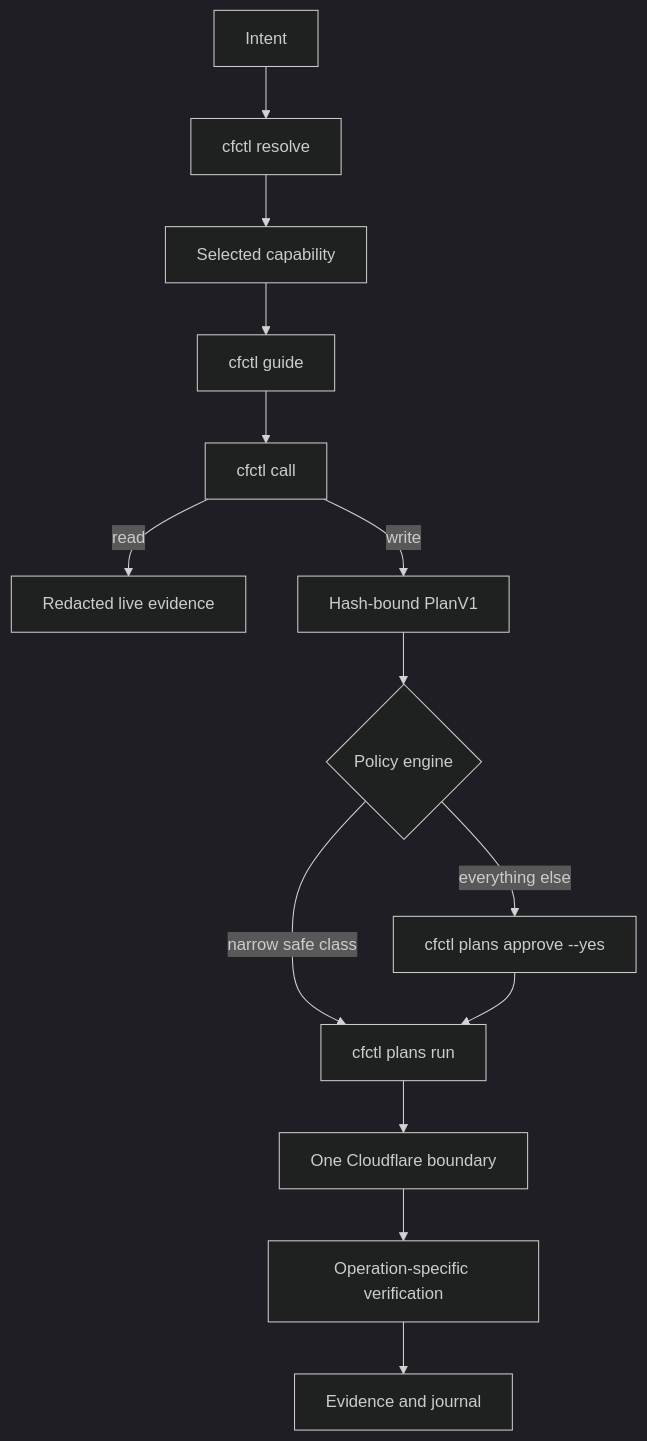
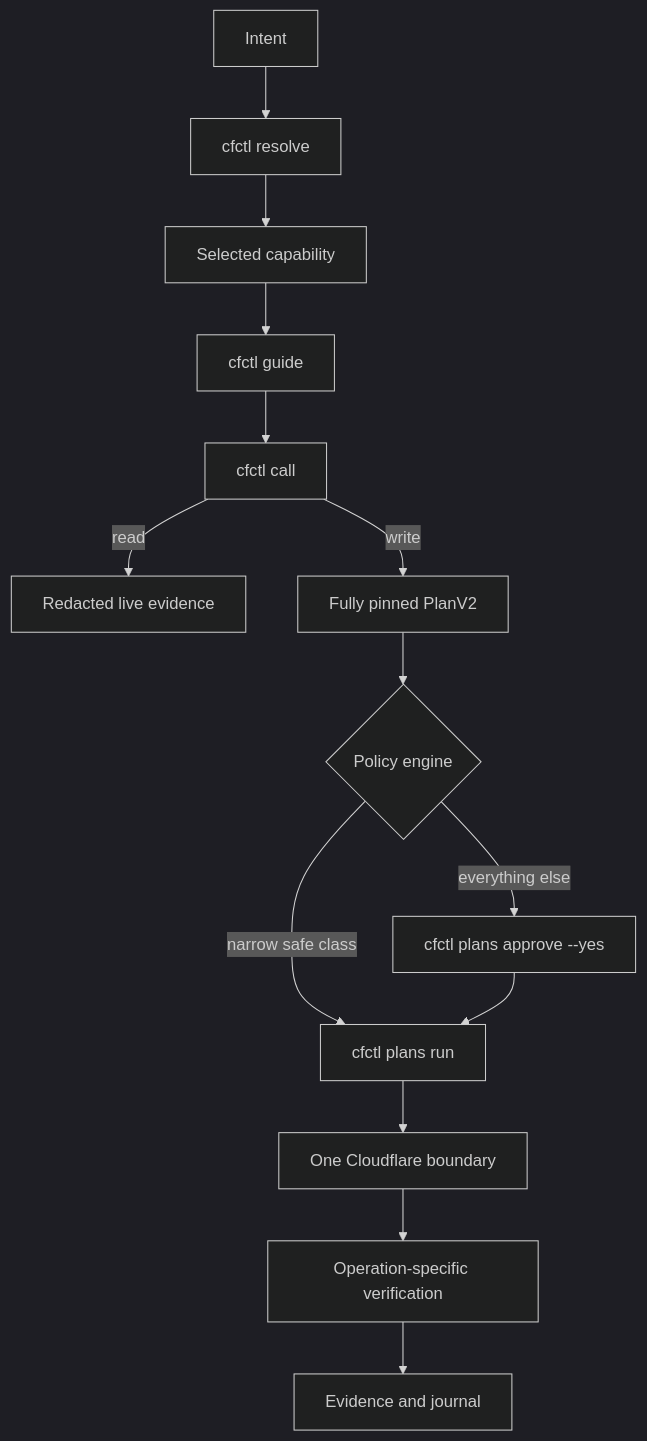
The diagram in README.md (rogu3bear/cfctl), drawn with Mermaid (dark theme) before and after one commit. The commit also changed other lines of this file and 38 other files, not shown here.

````diff
--- a/README.md
+++ b/README.md
@@ -45,16 +45,16 @@
 ```mermaid
 flowchart TD
     I[Intent] --> R["cfctl resolve"]
     R --> C[Selected capability]
     C --> G["cfctl guide"]
     G --> CALL["cfctl call"]
     CALL -->|read| EV[Redacted live evidence]
-    CALL -->|write| P[Hash-bound PlanV1]
+    CALL -->|write| P[Fully pinned PlanV2]
     P --> POL{Policy engine}
     POL -->|narrow safe class| RUN["cfctl plans run"]
     POL -->|everything else| APR["cfctl plans approve --yes"]
     APR --> RUN
     RUN --> B[One Cloudflare boundary]
     B --> V[Operation-specific verification]
     V --> DONE[Evidence and journal]
 ```
````
